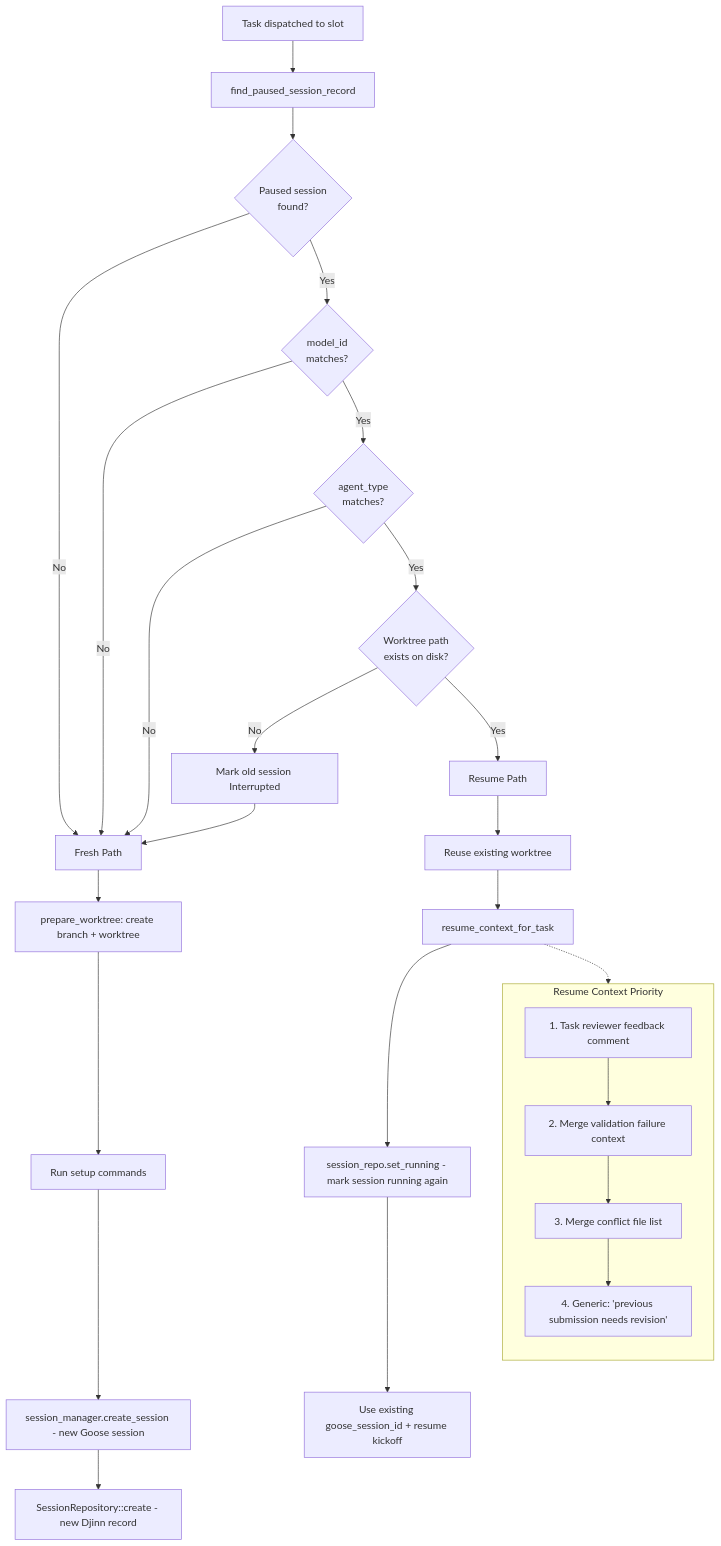
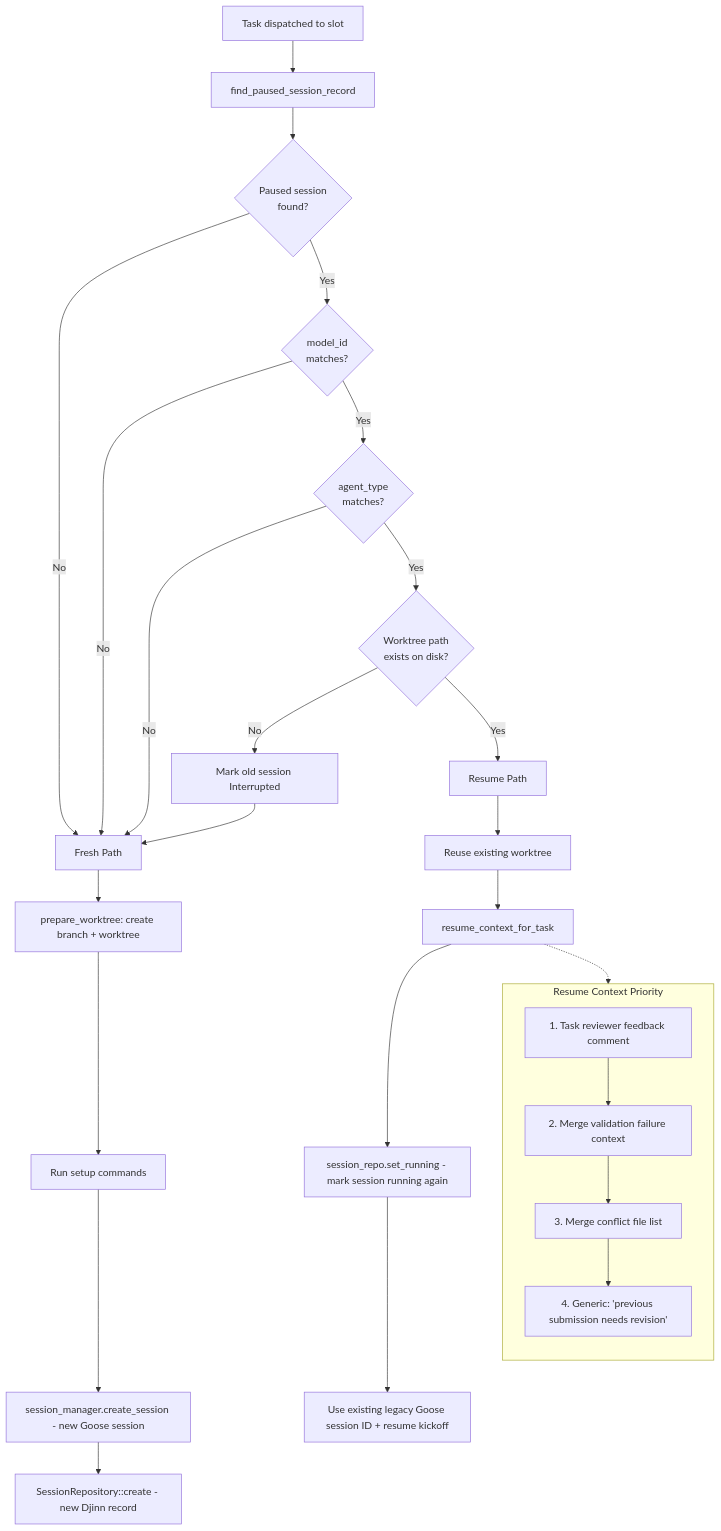
The first of 3 diagrams in .djinn/reference/session-resume-and-compaction-flow.md (djinnos/djinn), drawn with Mermaid before and after one commit. The commit also changed 15 other files, not shown here.

Commit message:
chore(dqqc): Drop goose_session_id from current sessions schema and code

````diff
--- a/.djinn/reference/session-resume-and-compaction-flow.md
+++ b/.djinn/reference/session-resume-and-compaction-flow.md
@@ -13,37 +13,37 @@
 ```mermaid
 flowchart TD
     A[Task dispatched to slot] --> B[find_paused_session_record]
     B --> C{Paused session\nfound?}
 
     C -->|No| FRESH[Fresh Path]
     C -->|Yes| D{model_id\nmatches?}
 
     D -->|No| FRESH
     D -->|Yes| E{agent_type\nmatches?}
 
     E -->|No| FRESH
     E -->|Yes| F{Worktree path\nexists on disk?}
 
     F -->|No| G[Mark old session Interrupted]
     G --> FRESH
     F -->|Yes| RESUME[Resume Path]
 
     FRESH --> F1[prepare_worktree: create branch + worktree]
     F1 --> F2[Run setup commands]
     F2 --> F3[session_manager.create_session - new Goose session]
     F3 --> F4[SessionRepository::create - new Djinn record]
 
     RESUME --> R1[Reuse existing worktree]
     R1 --> R2[resume_context_for_task]
     R2 --> R3[session_repo.set_running - mark session running again]
-    R3 --> R4[Use existing goose_session_id + resume kickoff]
+    R3 --> R4[Use existing legacy Goose session ID + resume kickoff]
 
     subgraph Resume Context Priority
         direction TB
         RC1[1. Task reviewer feedback comment] --> RC2[2. Merge validation failure context]
         RC2 --> RC3[3. Merge conflict file list]
         RC3 --> RC4[4. Generic: 'previous submission needs revision']
     end
 
     R2 -.-> RC1
 ```
````
